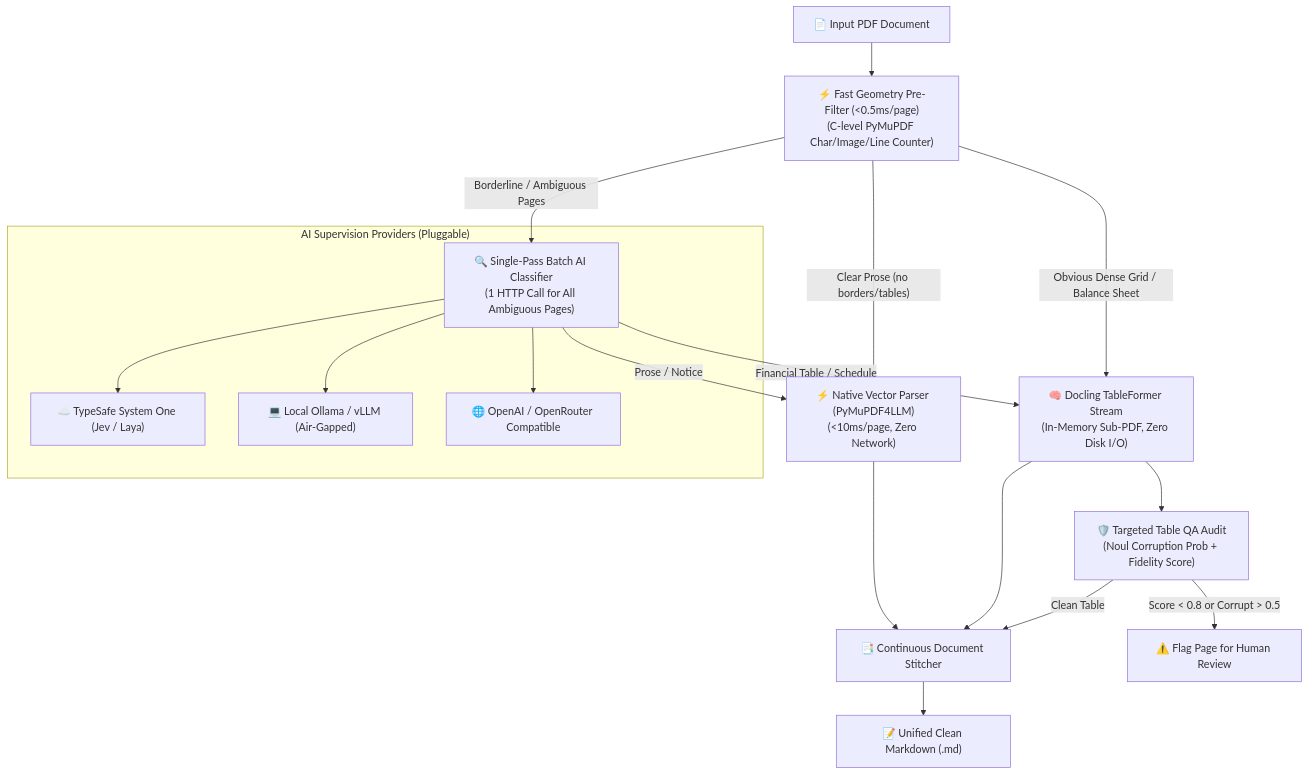
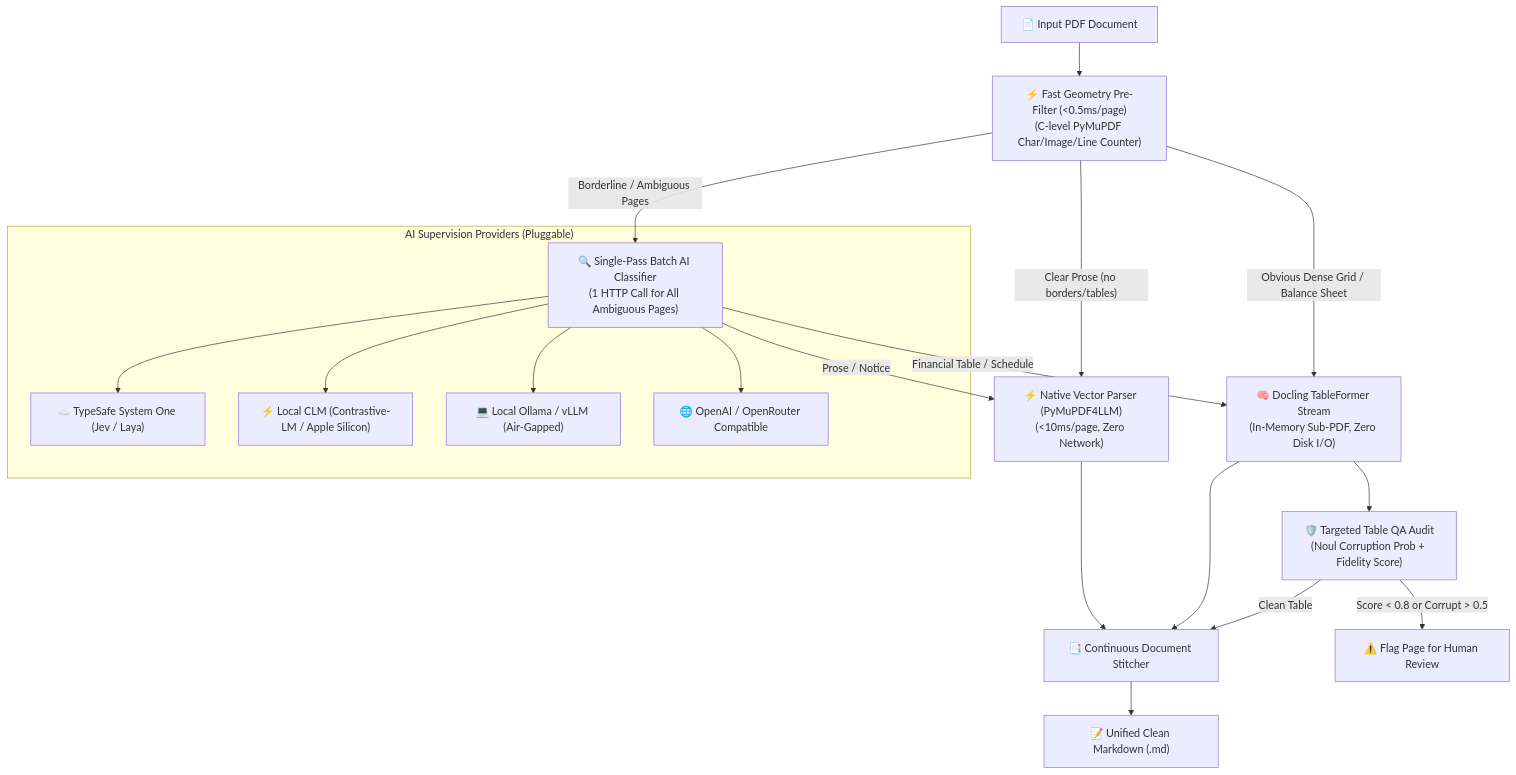
The diagram in README.md (pareshbhangale/docweave), drawn with Mermaid before and after one commit. The commit also changed other lines of this file and 14 other files, not shown here.

````diff
--- a/README.md
+++ b/README.md
@@ -23,26 +24,27 @@
 ```mermaid
 flowchart TD
     PDF["📄 Input PDF Document"] --> FastInspect["⚡ Fast Geometry Pre-Filter (<0.5ms/page)<br/>(C-level PyMuPDF Char/Image/Line Counter)"]
 
     FastInspect -->|"Clear Prose (no borders/tables)"| FastText["⚡ Native Vector Parser (PyMuPDF4LLM)<br/>(<10ms/page, Zero Network)"]
     FastInspect -->|"Obvious Dense Grid / Balance Sheet"| DoclingTable["🧠 Docling TableFormer Stream<br/>(In-Memory Sub-PDF, Zero Disk I/O)"]
     FastInspect -->|"Borderline / Ambiguous Pages"| BatchRouter["🔍 Single-Pass Batch AI Classifier<br/>(1 HTTP Call for All Ambiguous Pages)"]
 
     subgraph AISupervision ["AI Supervision Providers (Pluggable)"]
         BatchRouter --> TypeSafe["☁️ TypeSafe System One (Jev / Laya)"]
+        BatchRouter --> CLM["⚡ Local CLM (Contrastive-LM / Apple Silicon)"]
         BatchRouter --> LocalOllama["💻 Local Ollama / vLLM (Air-Gapped)"]
         BatchRouter --> CloudLLM["🌐 OpenAI / OpenRouter Compatible"]
     end
 
     BatchRouter -->|"Prose / Notice"| FastText
     BatchRouter -->|"Financial Table / Schedule"| DoclingTable
 
     FastText --> Stitcher["📑 Continuous Document Stitcher"]
     DoclingTable --> Stitcher
 
     DoclingTable --> TableQA["🛡️ Targeted Table QA Audit<br/>(Noul Corruption Prob + Fidelity Score)"]
     TableQA -->|"Score < 0.8 or Corrupt > 0.5"| FlagEscalate["⚠️ Flag Page for Human Review"]
     TableQA -->|"Clean Table"| Stitcher
 
     Stitcher --> OutputMD["📝 Unified Clean Markdown (.md)"]
 ```
````
